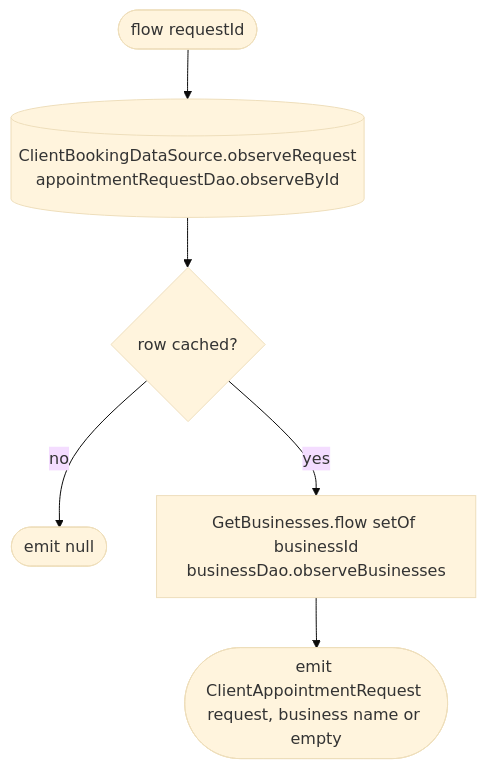
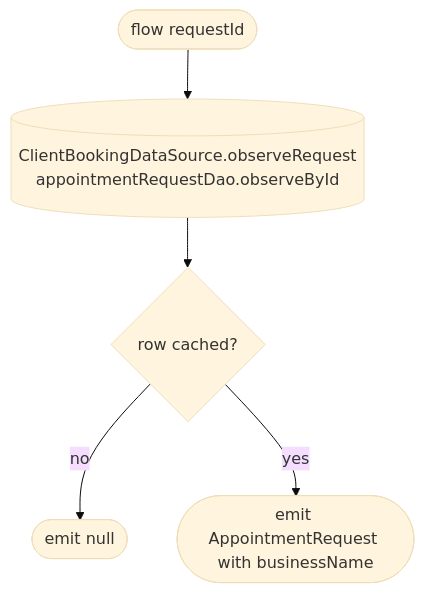
Before and after one commit to nocturneproperties/bookkme-client: the diagram in docs/operations/appointments/get-client-appointment-request.md, drawn with Mermaid (base theme). The commit also changed other lines of this file and 107 other files, not shown here.

````diff
--- a/docs/operations/appointments/get-client-appointment-request.md
+++ b/docs/operations/appointments/get-client-appointment-request.md
@@ -18,8 +17,7 @@
 ```mermaid
 flowchart TD
     Start([flow requestId]) --> Dao[(ClientBookingDataSource.observeRequest<br/>appointmentRequestDao.observeById)]
     Dao --> Cached{row cached?}
     Cached -- no --> Null([emit null])
-    Cached -- yes --> Biz[GetBusinesses.flow setOf businessId<br/>businessDao.observeBusinesses]
-    Biz --> Emit([emit ClientAppointmentRequest request, business name or empty])
+    Cached -- yes --> Emit([emit AppointmentRequest with businessName])
 ```
````
